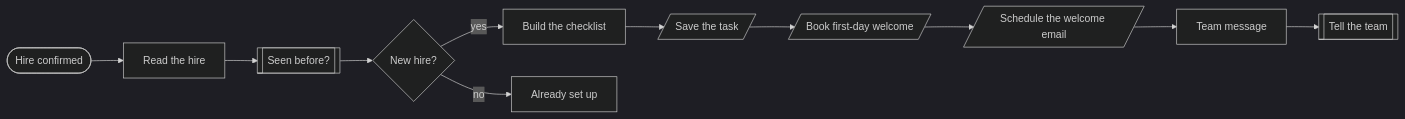
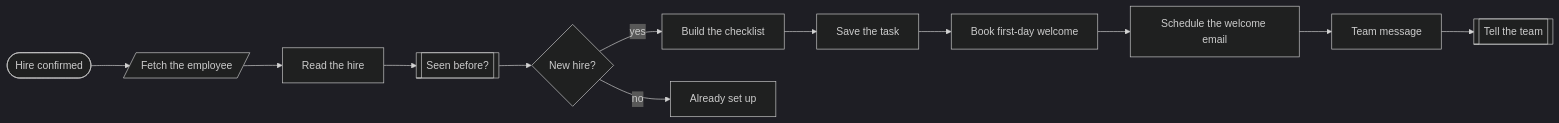
The first of 4 diagrams in workflows/operations/README.md (kimjoshuadr/n8n-workflows), drawn with Mermaid (dark theme) before and after one commit. The commit also changed other lines of this file and 184 other files, not shown here.

Commit message:
Finish the move to named platforms: blocks, BambooHR, generated README, schema and platform marks

````diff
--- a/workflows/operations/README.md
+++ b/workflows/operations/README.md
@@ -17,24 +15,26 @@
 ```mermaid
 flowchart LR
   nn84bve(["Hire confirmed"])
+  n1rk21sa[/"Fetch the employee"/]
   ng26qx2["Read the hire"]
   n1ja4syq[["Seen before?"]]
   n1b8iebo{"New hire?"}
   not5ata["Build the checklist"]
-  nemadsg[/"Save the task"/]
-  n1jbitv5[/"Book first-day welcome"/]
-  npoplal[/"Schedule the welcome email"/]
+  nemadsg["Save the task"]
+  n1jbitv5["Book first-day welcome"]
+  npoplal["Schedule the welcome email"]
   n1cvbvfv["Team message"]
   n8m5mk4[["Tell the team"]]
   n14zcpmw["Already set up"]
-  nn84bve --> ng26qx2
+  nn84bve --> n1rk21sa
+  n1rk21sa --> ng26qx2
   ng26qx2 --> n1ja4syq
   n1ja4syq --> n1b8iebo
   n1b8iebo -->|yes| not5ata
   not5ata --> nemadsg
   nemadsg --> n1jbitv5
   n1jbitv5 --> npoplal
   npoplal --> n1cvbvfv
   n1cvbvfv --> n8m5mk4
   n1b8iebo -->|no| n14zcpmw
 ```
````
